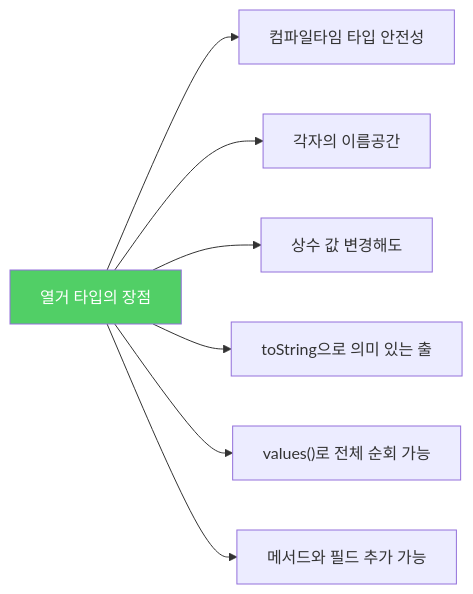
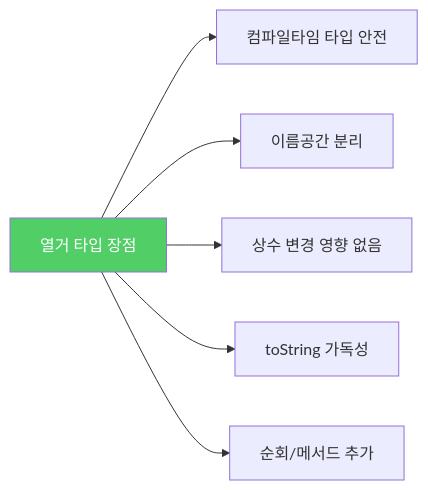
Before and after one commit to yjkim2015/yjkim2015.github.io: the first of 2 diagrams in _posts/java/2022-01-12-effective-java34.md, drawn with Mermaid. The commit also changed 245 other files, not shown here.

First line of the commit message:
Mermaid 다이어그램 전면 수정 + 면접 포인트 접기/펼치기 + DB 데드락 페이지

````diff
--- a/_posts/java/2022-01-12-effective-java34.md
+++ b/_posts/java/2022-01-12-effective-java34.md
@@ -46,10 +46,9 @@
 ```mermaid
 graph LR
-    A["열거 타입의 장점"] --> B["컴파일타임 타입 안전성"]
-    A --> C["각자의 이름공간"]
-    A --> D["상수 값 변경해도"]
-    A --> E["toString으로 의미 있는 출"]
-    A --> F["values()로 전체 순회 가능"]
-    A --> G["메서드와 필드 추가 가능"]
+    A["열거 타입 장점"] --> B["컴파일타임 타입 안전"]
+    A --> C["이름공간 분리"]
+    A --> D["상수 변경 영향 없음"]
+    A --> E["toString 가독성"]
+    A --> F["순회/메서드 추가"]
     style A fill:#51cf66,color:#fff
 ```
````
